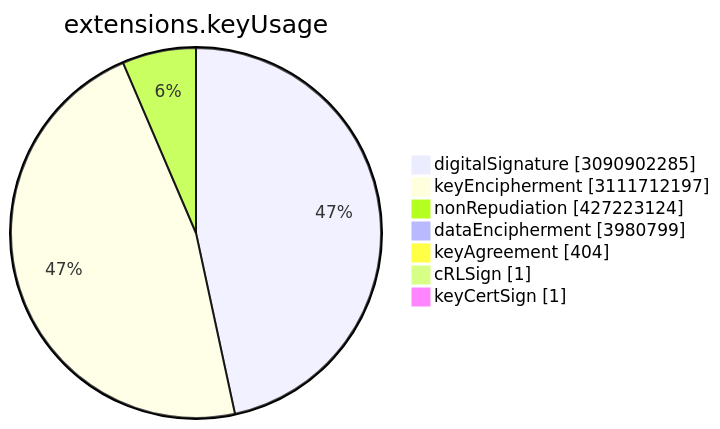
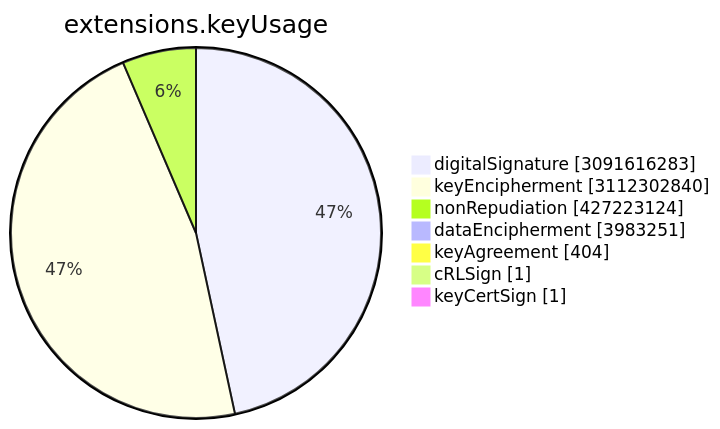
Before and after one commit to christiankrug/ctmonitor_visualization: the sixth of 15 diagrams in TOTAL/README.md, drawn with Mermaid. The commit also changed other lines of this file, not shown here.

````diff
--- a/TOTAL/README.md
+++ b/TOTAL/README.md
@@ -3077,11 +3077,11 @@
 ```mermaid
 pie showData
 title extensions.keyUsage
-"digitalSignature" :3090902285
-"keyEncipherment" :3111712197
+"digitalSignature" :3091616283
+"keyEncipherment" :3112302840
 "nonRepudiation" :427223124
-"dataEncipherment" :3980799
+"dataEncipherment" :3983251
 "keyAgreement" :404
 "cRLSign" :1
 "keyCertSign" :1
 ```
````
